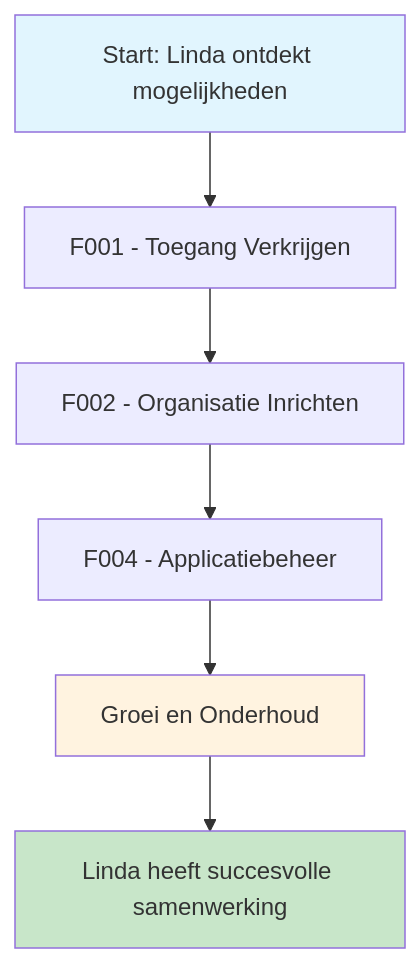
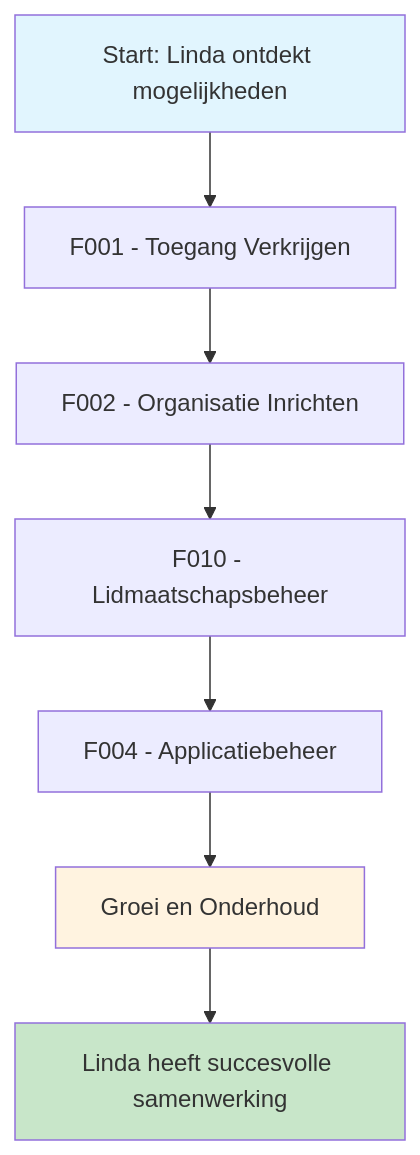
The first of 2 diagrams in website/docs/Klantreizen/klantreis_samenwerking.md (VNG-Realisatie/Softwarecatalogus), drawn with Mermaid before and after one commit. The commit also changed other lines of this file and 4 other files, not shown here.

````diff
--- a/website/docs/Klantreizen/klantreis_samenwerking.md
+++ b/website/docs/Klantreizen/klantreis_samenwerking.md
@@ -53,12 +73,13 @@
 ```mermaid
 flowchart TD
     A[Start: Linda ontdekt mogelijkheden] --> F001[F001 - Toegang Verkrijgen]
     F001 --> F002[F002 - Organisatie Inrichten]
-    F002 --> F004[F004 - Applicatiebeheer]
+    F002 --> F010[F010 - Lidmaatschapsbeheer]
+    F010 --> F004[F004 - Applicatiebeheer]
     F004 --> GROWTH[Groei en Onderhoud]
     GROWTH --> END[Linda heeft succesvolle samenwerking]
     
     style A fill:#e1f5fe
     style END fill:#c8e6c9
     style GROWTH fill:#fff3e0
 ```
````
